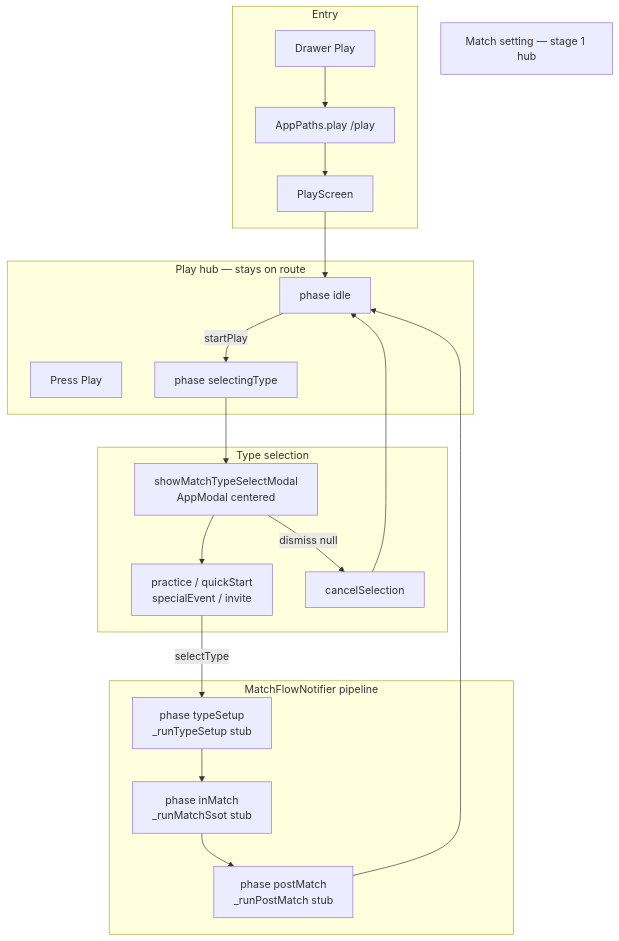
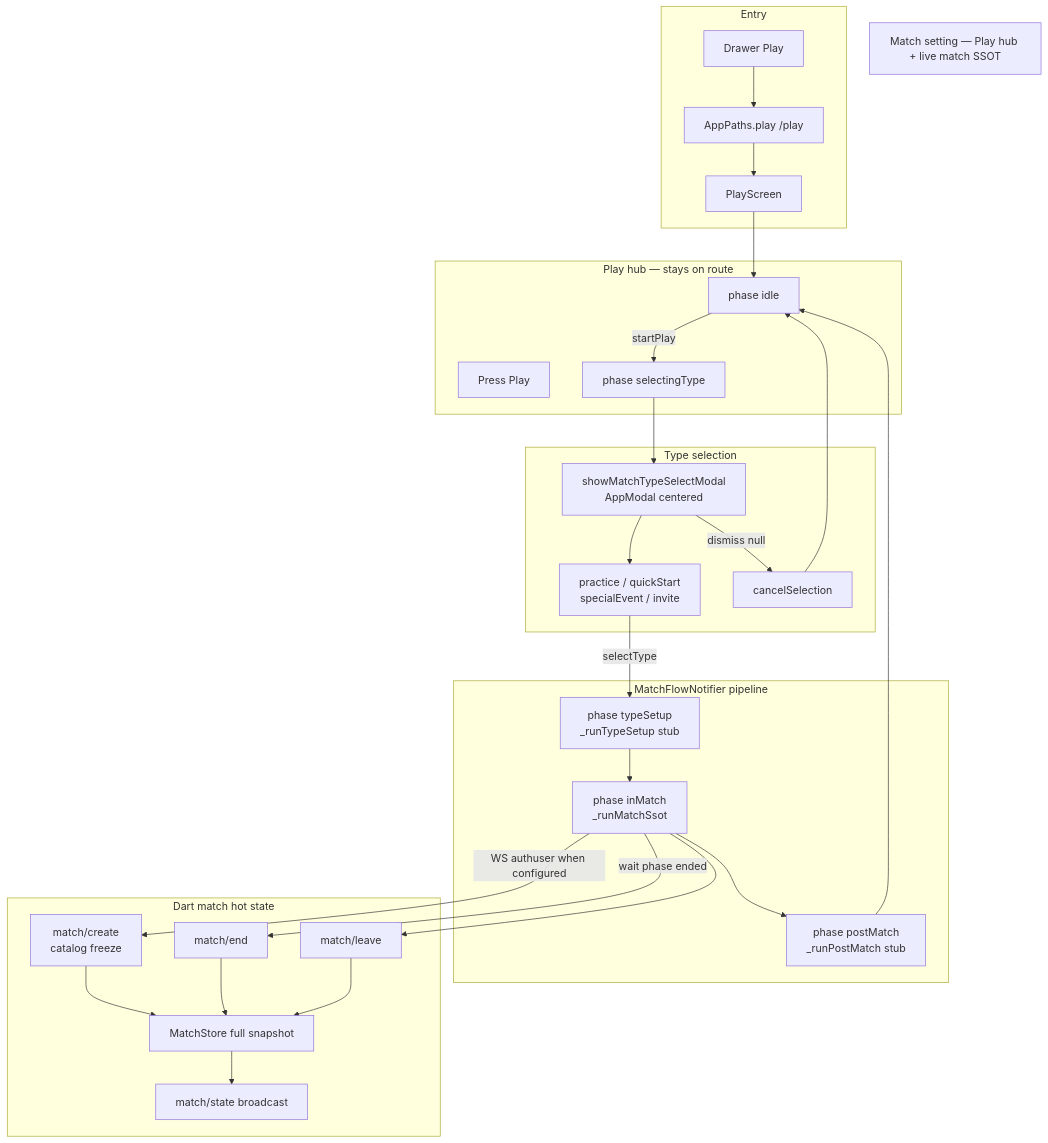
One commit to sil-vella/arcori changed the diagram in Documentation/02_FlowCharts/charts/match_flow/match-setting-flow.mmd. Above: the diagram before and after it, drawn with Mermaid. The commit also changed 68 other files, not shown here.

```diff
--- a/Documentation/02_FlowCharts/charts/match_flow/match-setting-flow.mmd
+++ b/Documentation/02_FlowCharts/charts/match_flow/match-setting-flow.mmd
@@ -1,32 +1,47 @@
 flowchart TD
-  title["Match setting — stage 1 hub"]
+  title["Match setting — Play hub + live match SSOT"]
 
   subgraph entry["Entry"]
     Drawer["Drawer Play"]
     Path["AppPaths.play /play"]
     Screen["PlayScreen"]
     Drawer --> Path --> Screen
   end
 
   subgraph hub["Play hub — stays on route"]
     Idle["phase idle"]
     PlayBtn["Press Play"]
     Screen --> Idle
     Idle -->|"startPlay"| Selecting
   end
 
   subgraph select["Type selection"]
     Selecting["phase selectingType"]
     Modal["showMatchTypeSelectModal<br/>AppModal centered"]
     Types["practice / quickStart<br/>specialEvent / invite"]
     Cancel["cancelSelection"]
     Selecting --> Modal --> Types
     Modal -->|"dismiss null"| Cancel --> Idle
   end
 
   subgraph pipeline["MatchFlowNotifier pipeline"]
     Setup["phase typeSetup<br/>_runTypeSetup stub"]
-    Match["phase inMatch<br/>_runMatchSsot stub"]
+    Match["phase inMatch<br/>_runMatchSsot"]
     Post["phase postMatch<br/>_runPostMatch stub"]
     Types -->|"selectType"| Setup --> Match --> Post --> Idle
   end
+
+  subgraph dart["Dart match hot state"]
+    Create["match/create<br/>catalog freeze"]
+    Snap["MatchStore full snapshot"]
+    EndCh["match/end"]
+    Leave["match/leave"]
+    Broadcast["match/state broadcast"]
+    Create --> Snap --> Broadcast
+    EndCh --> Snap
+    Leave --> Snap
+  end
+
+  Match -->|"WS authuser when configured"| Create
+  Match -->|"wait phase ended"| EndCh
+  Match --> Leave
```
